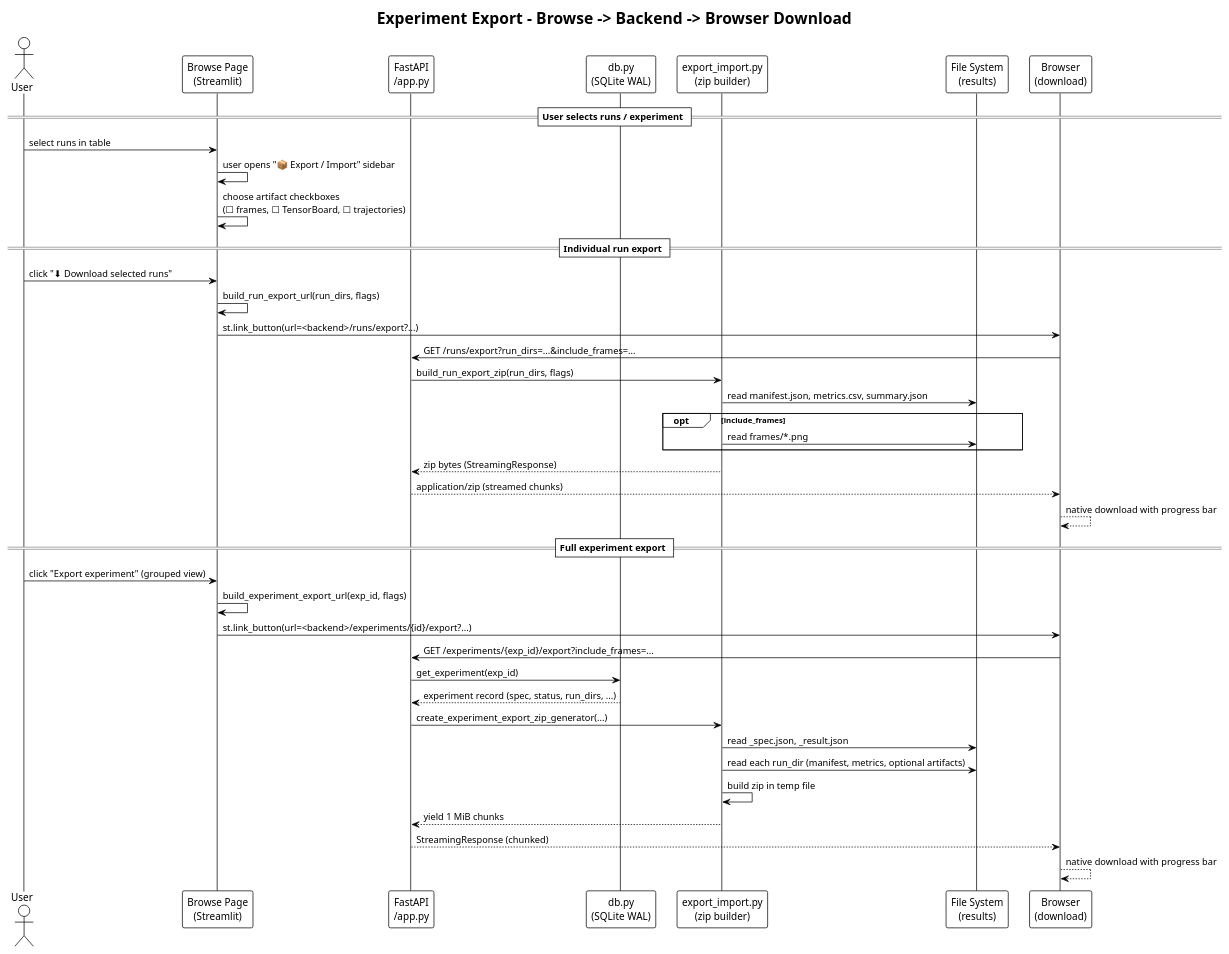
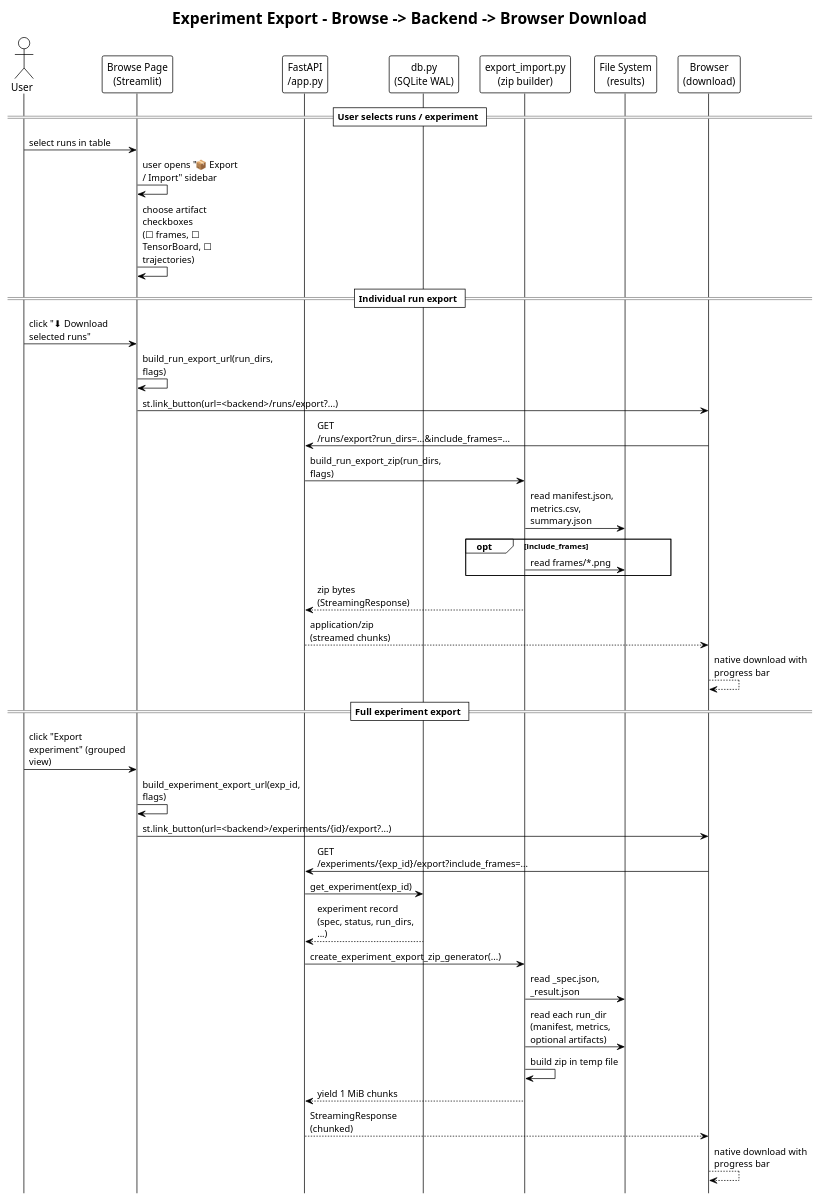
Before and after one commit to Alex180504/DEAP-Zoo-bridge: the diagram in docs/UML/sequence_export_experiment.puml, drawn with PlantUML. The commit also changed 71 other files, not shown here.

Commit message:
Update UML

```diff
--- a/docs/UML/sequence_export_experiment.puml
+++ b/docs/UML/sequence_export_experiment.puml
@@ -1,47 +1,51 @@
 @startuml sequence_export_experiment
 !theme plain
+' Compact layout (tuned per diagram — see README, 'Sequence-diagram layout').
+hide footbox
+skinparam maxMessageSize 140
+skinparam wrapWidth 200
 title Experiment Export – Browse -> Backend -> Browser Download
 
 actor User
 participant "Browse Page\n(Streamlit)" as Browse
 participant "FastAPI\n/app.py" as API
 participant "db.py\n(SQLite WAL)" as DB
 participant "export_import.py\n(zip builder)" as Export
 participant "File System\n(results)" as FS
 participant "Browser\n(download)" as Browser
 
 == User selects runs / experiment ==
 User -> Browse: select runs in table
 Browse -> Browse: user opens "📦 Export / Import" sidebar
 Browse -> Browse: choose artifact checkboxes\n(☐ frames, ☐ TensorBoard, ☐ trajectories)
 
 == Individual run export ==
 User -> Browse: click "⬇ Download selected runs"
 Browse -> Browse: build_run_export_url(run_dirs, flags)
 Browse -> Browser: st.link_button(url=<backend>/runs/export?...)
 Browser -> API: GET /runs/export?run_dirs=...&include_frames=...
 API -> Export: build_run_export_zip(run_dirs, flags)
 Export -> FS: read manifest.json, metrics.csv, summary.json
 opt include_frames
     Export -> FS: read frames/*.png
 end
 Export --> API: zip bytes (StreamingResponse)
 API --> Browser: application/zip (streamed chunks)
 Browser --> Browser: native download with progress bar
 
 == Full experiment export ==
 User -> Browse: click "Export experiment" (grouped view)
 Browse -> Browse: build_experiment_export_url(exp_id, flags)
 Browse -> Browser: st.link_button(url=<backend>/experiments/{id}/export?...)
 Browser -> API: GET /experiments/{exp_id}/export?include_frames=...
 API -> DB: get_experiment(exp_id)
 DB --> API: experiment record (spec, status, run_dirs, ...)
 API -> Export: create_experiment_export_zip_generator(...)
 Export -> FS: read _spec.json, _result.json
 Export -> FS: read each run_dir (manifest, metrics, optional artifacts)
 Export -> Export: build zip in temp file
 Export --> API: yield 1 MiB chunks
 API --> Browser: StreamingResponse (chunked)
 Browser --> Browser: native download with progress bar
 
 @enduml
```
